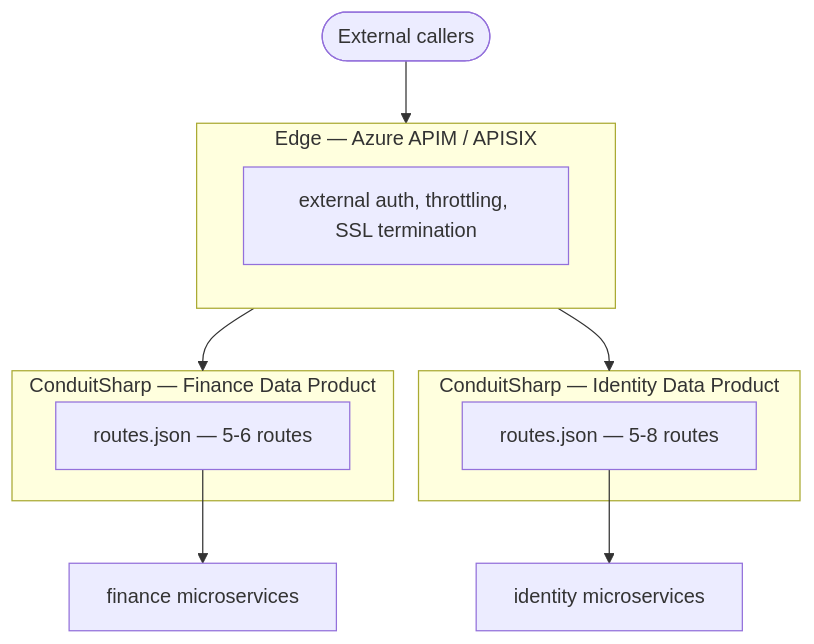
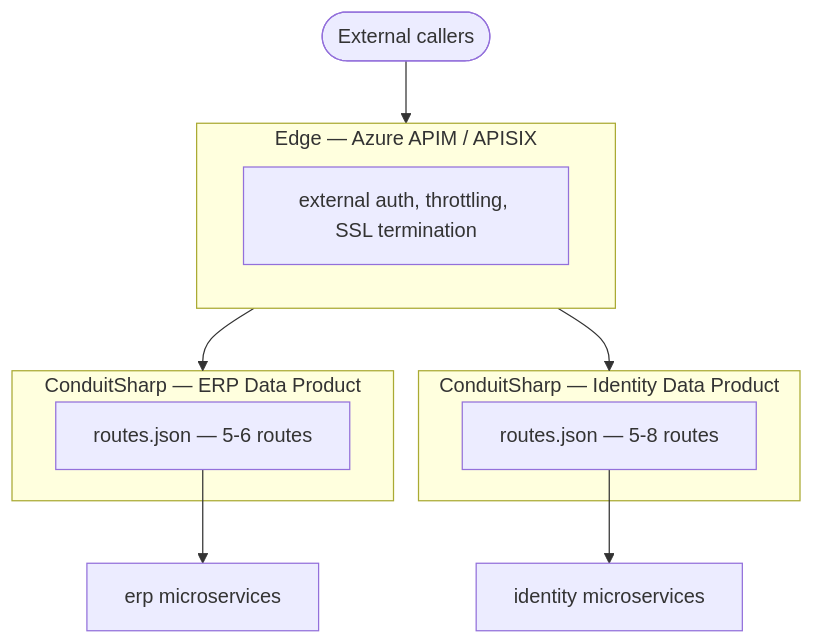
One commit to liqngliz/ConduitSharp changed the sixth of 6 diagrams in docs/ENTERPRISE.md. Above: the diagram before and after it, drawn with Mermaid. The commit also changed other lines of this file and 65 other files, not shown here.

````diff
--- a/docs/ENTERPRISE.md
+++ b/docs/ENTERPRISE.md
@@ -438,21 +438,21 @@
 ```mermaid
 flowchart TB
     client(["External callers"]) --> edge
 
     subgraph edge ["Edge — Azure APIM / APISIX"]
         edgenote["external auth, throttling, SSL termination"]
     end
 
     edge --> gwA
     edge --> gwB
 
-    subgraph gwA ["ConduitSharp — Finance Data Product"]
+    subgraph gwA ["ConduitSharp — ERP Data Product"]
         rA["routes.json — 5-6 routes"]
     end
     subgraph gwB ["ConduitSharp — Identity Data Product"]
         rB["routes.json — 5-8 routes"]
     end
 
-    rA --> svcA["finance microservices"]
+    rA --> svcA["erp microservices"]
     rB --> svcB["identity microservices"]
 ```
````
